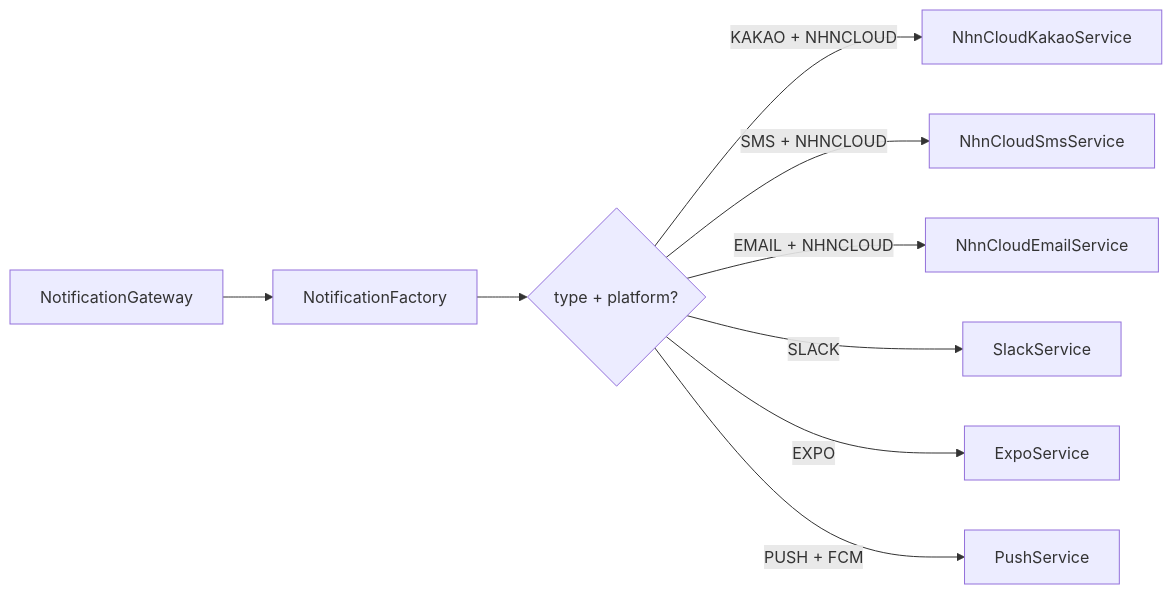
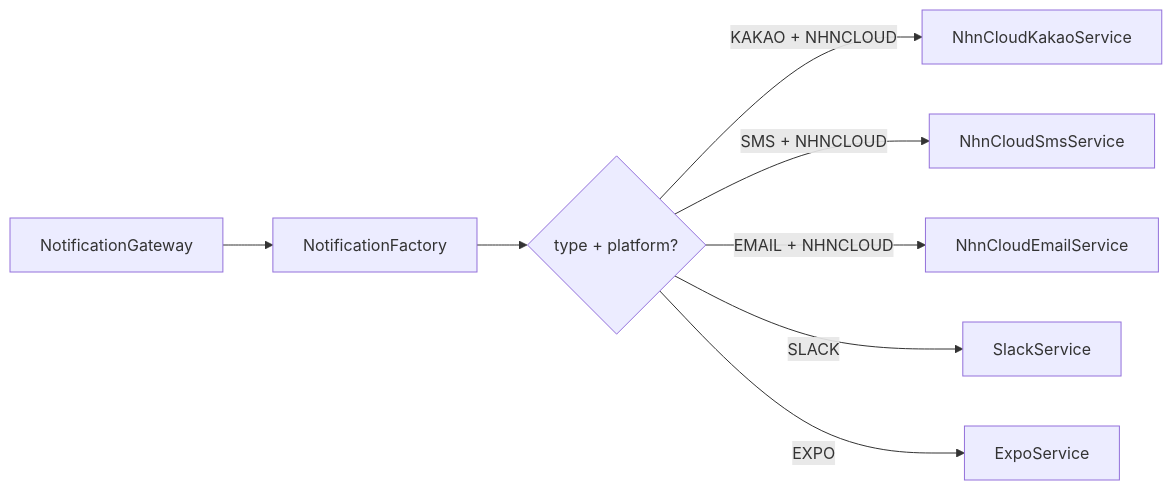
Before and after one commit to devy1540/devy1540.github.io: the third of 5 diagrams in content/posts/multi-channel-notification-server.md, drawn with Mermaid. The commit also changed other lines of this file and 5 other files, not shown here.

````diff
--- a/content/posts/multi-channel-notification-server.md
+++ b/content/posts/multi-channel-notification-server.md
@@ -220,11 +171,10 @@
 ```mermaid
 flowchart LR
     A["NotificationGateway"] --> B["NotificationFactory"]
     B --> C{"type + platform?"}
     C -->|"KAKAO + NHNCLOUD"| D["NhnCloudKakaoService"]
     C -->|"SMS + NHNCLOUD"| E["NhnCloudSmsService"]
     C -->|"EMAIL + NHNCLOUD"| F["NhnCloudEmailService"]
     C -->|"SLACK"| G["SlackService"]
     C -->|"EXPO"| H["ExpoService"]
-    C -->|"PUSH + FCM"| I["PushService"]
 ```
````
